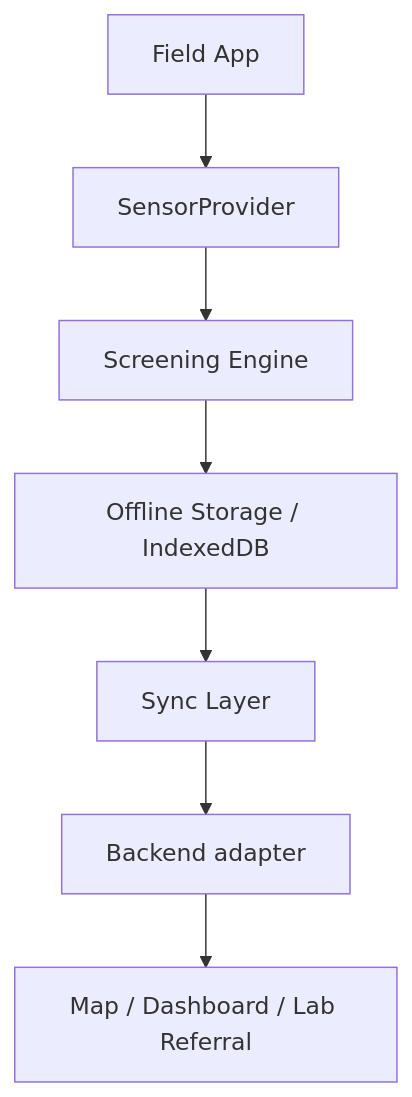
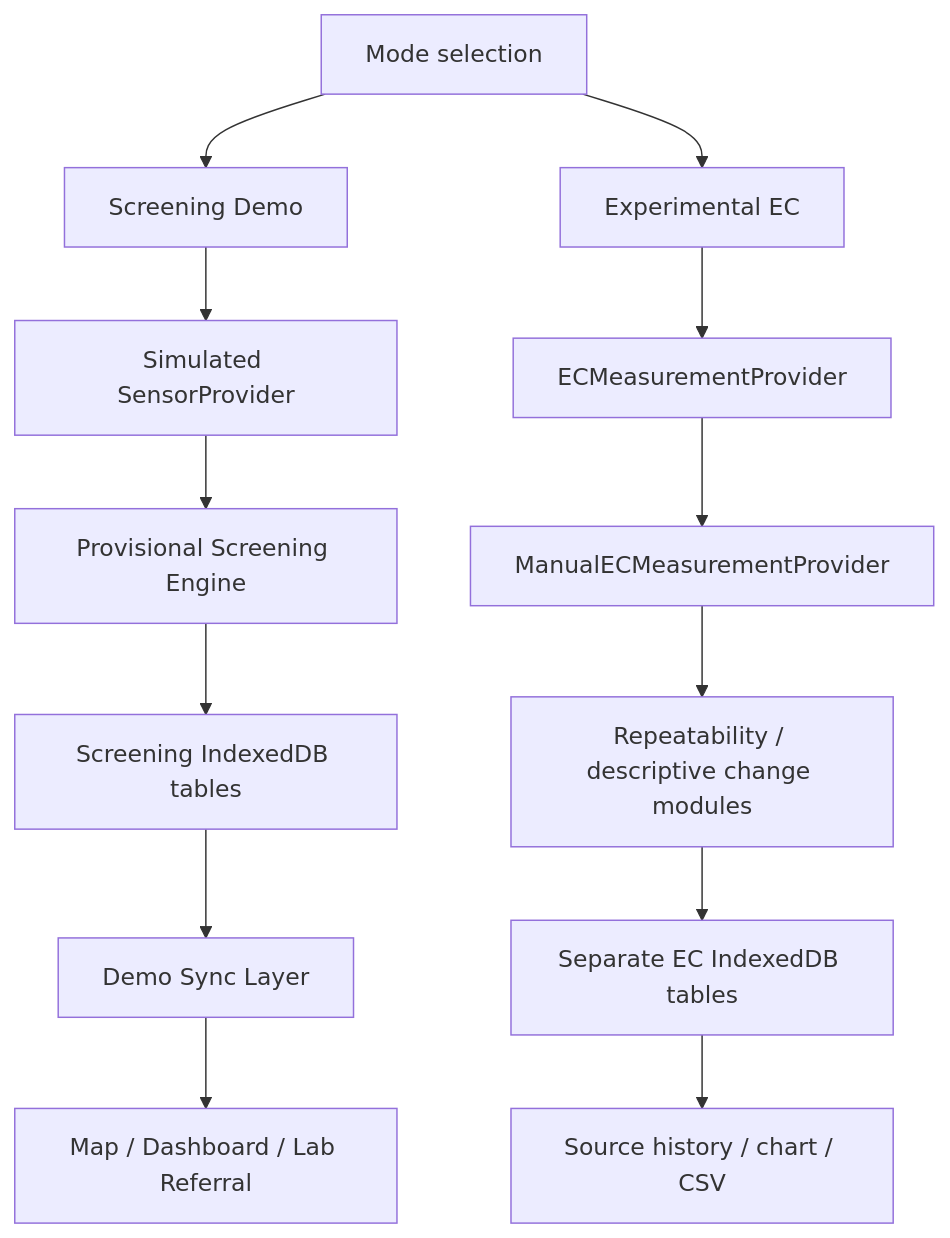
One commit to thisisanubhav/jalrakshak changed the diagram in README.md. Above: the diagram before and after it, drawn with Mermaid. The commit also changed other lines of this file and 12 other files, not shown here.

Commit message:
docs: document experimental EC mode

````diff
--- a/README.md
+++ b/README.md
@@ -55,9 +90,15 @@
 ```mermaid
 flowchart TD
-  A[Field App] --> B[SensorProvider]
-  B --> C[Screening Engine]
-  C --> D[Offline Storage / IndexedDB]
-  D --> E[Sync Layer]
-  E --> F[Backend adapter]
+  A[Mode selection] --> B[Screening Demo]
+  A --> H[Experimental EC]
+  B --> C[Simulated SensorProvider]
+  C --> D[Provisional Screening Engine]
+  D --> E[Screening IndexedDB tables]
+  E --> F[Demo Sync Layer]
   F --> G[Map / Dashboard / Lab Referral]
+  H --> I[ECMeasurementProvider]
+  I --> J[ManualECMeasurementProvider]
+  J --> K[Repeatability / descriptive change modules]
+  K --> L[Separate EC IndexedDB tables]
+  L --> M[Source history / chart / CSV]
 ```
````
